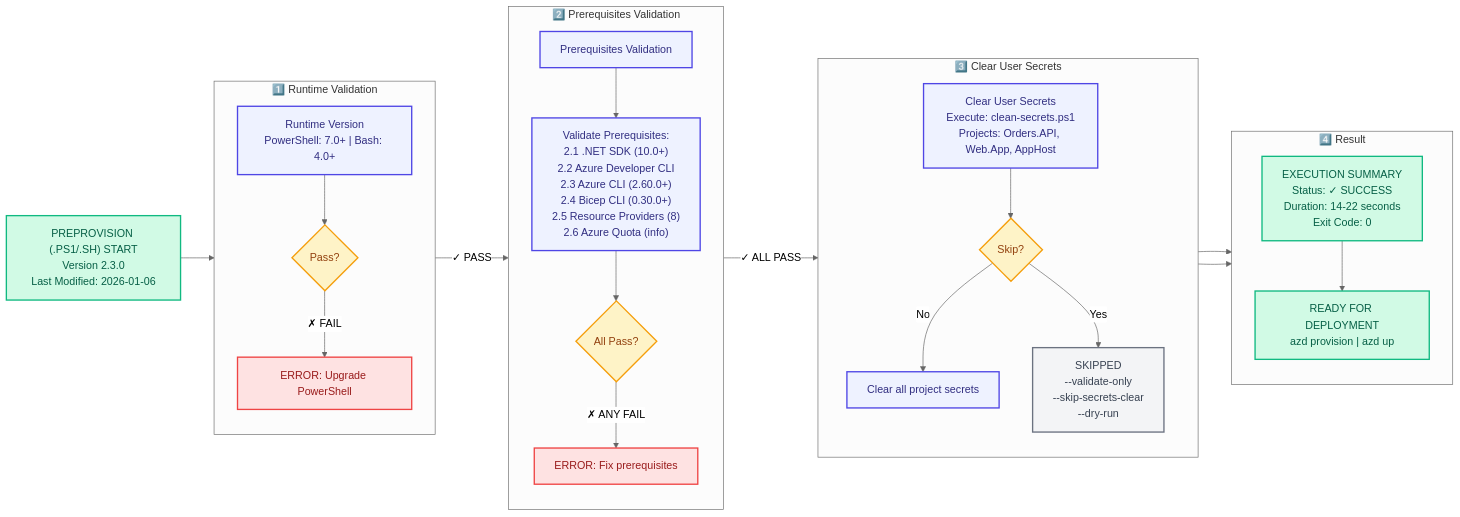
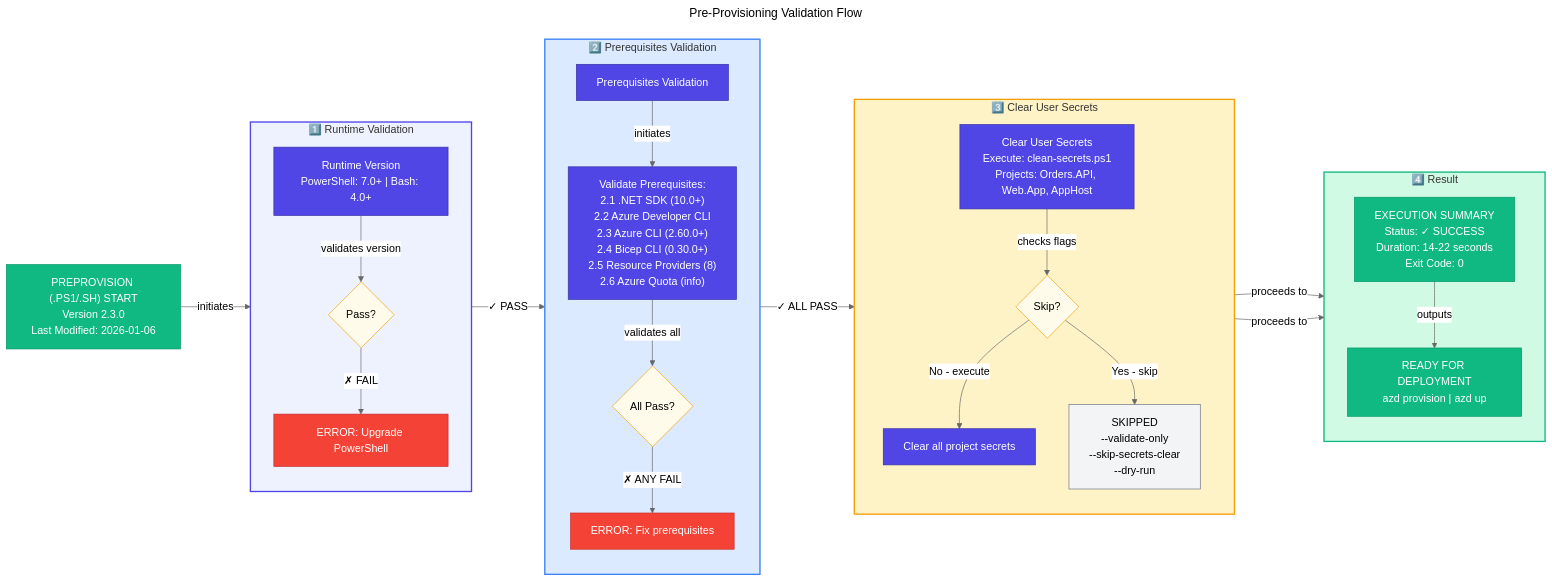
One commit to Evilazaro/Azure-LogicApps-Monitoring changed the third of 7 diagrams in docs/hooks/VALIDATION-WORKFLOW.md. Above: the diagram before and after it, drawn with Mermaid (neutral theme). The commit also changed other lines of this file, not shown here.

Commit message:
docs: Enhance mermaid diagrams in VALIDATION-WORKFLOW.md with improved titles, connections, and styling for better clarity and organization

````diff
--- a/docs/hooks/VALIDATION-WORKFLOW.md
+++ b/docs/hooks/VALIDATION-WORKFLOW.md
@@ -237,60 +279,78 @@
 ```mermaid
+---
+title: Pre-Provisioning Validation Flow
+---
 flowchart LR
+    %% ===== CLASS DEFINITIONS =====
+    classDef primary fill:#4F46E5,stroke:#3730A3,color:#FFFFFF
+    classDef secondary fill:#10B981,stroke:#059669,color:#FFFFFF
+    classDef datastore fill:#F59E0B,stroke:#D97706,color:#000000
+    classDef external fill:#6B7280,stroke:#4B5563,color:#FFFFFF,stroke-dasharray: 5 5
+    classDef failed fill:#F44336,stroke:#C62828,color:#FFFFFF
+    classDef trigger fill:#818CF8,stroke:#4F46E5,color:#FFFFFF
+    classDef decision fill:#FFFBEB,stroke:#F59E0B,color:#000000
+    classDef input fill:#F3F4F6,stroke:#6B7280,color:#000000
+
+    %% ===== START NODE =====
     Start["PREPROVISION (.PS1/.SH) START<br/>Version 2.3.0<br/>Last Modified: 2026-01-06"]
 
+    %% ===== RUNTIME VALIDATION SECTION =====
     subgraph RuntimeCheck["1️⃣ Runtime Validation"]
         direction TB
         Step1["Runtime Version<br/>PowerShell: 7.0+ | Bash: 4.0+"]
         Decision1{Pass?}
         Error1["ERROR: Upgrade PowerShell"]
-        Step1 --> Decision1
-        Decision1 -->|✗ FAIL| Error1
+        Step1 -->|"validates version"| Decision1
+        Decision1 -->|"✗ FAIL"| Error1
     end
+    style RuntimeCheck fill:#EEF2FF,stroke:#4F46E5,stroke-width:2px
 
+    %% ===== PREREQUISITES VALIDATION SECTION =====
     subgraph PrereqCheck["2️⃣ Prerequisites Validation"]
         direction TB
         Step2["Prerequisites Validation"]
         Prereqs["Validate Prerequisites:<br/>2.1 .NET SDK (10.0+)<br/>2.2 Azure Developer CLI<br/>2.3 Azure CLI (2.60.0+)<br/>2.4 Bicep CLI (0.30.0+)<br/>2.5 Resource Providers (8)<br/>2.6 Azure Quota (info)"]
         Decision2{All Pass?}
         Error2["ERROR: Fix prerequisites"]
-        Step2 --> Prereqs
-        Prereqs --> Decision2
-        Decision2 -->|✗ ANY FAIL| Error2
+        Step2 -->|"initiates"| Prereqs
+        Prereqs -->|"validates all"| Decision2
+        Decision2 -->|"✗ ANY FAIL"| Error2
     end
+    style PrereqCheck fill:#DBEAFE,stroke:#3B82F6,stroke-width:2px
 
+    %% ===== SECRETS CLEARING SECTION =====
     subgraph SecretsPhase["3️⃣ Clear User Secrets"]
         direction TB
         Step3["Clear User Secrets<br/>Execute: clean-secrets.ps1<br/>Projects: Orders.API, Web.App, AppHost"]
         Decision3{Skip?}
         ClearSecrets["Clear all project secrets"]
         Skip["SKIPPED<br/>--validate-only<br/>--skip-secrets-clear<br/>--dry-run"]
-        Step3 --> Decision3
-        Decision3 -->|No| ClearSecrets
-        Decision3 -->|Yes| Skip
+        Step3 -->|"checks flags"| Decision3
+        Decision3 -->|"No - execute"| ClearSecrets
+        Decision3 -->|"Yes - skip"| Skip
     end
+    style SecretsPhase fill:#FEF3C7,stroke:#F59E0B,stroke-width:2px
 
+    %% ===== RESULT SECTION =====
     subgraph ResultPhase["4️⃣ Result"]
         direction TB
         Summary["EXECUTION SUMMARY<br/>Status: ✓ SUCCESS<br/>Duration: 14-22 seconds<br/>Exit Code: 0"]
         Ready["READY FOR DEPLOYMENT<br/>azd provision | azd up"]
-        Summary --> Ready
+        Summary -->|"outputs"| Ready
     end
+    style ResultPhase fill:#D1FAE5,stroke:#10B981,stroke-width:2px
 
-    Start --> RuntimeCheck
-    Decision1 -->|✓ PASS| PrereqCheck
-    Decision2 -->|✓ ALL PASS| SecretsPhase
-    ClearSecrets --> ResultPhase
-    Skip --> ResultPhase
+    %% ===== MAIN FLOW CONNECTIONS =====
+    Start -->|"initiates"| RuntimeCheck
+    Decision1 -->|"✓ PASS"| PrereqCheck
+    Decision2 -->|"✓ ALL PASS"| SecretsPhase
+    ClearSecrets -->|"proceeds to"| ResultPhase
+    Skip -->|"proceeds to"| ResultPhase
 
-    classDef successClass fill:#D1FAE5,stroke:#10B981,stroke-width:2px,color:#065F46
-    classDef errorClass fill:#FEE2E2,stroke:#EF4444,stroke-width:2px,color:#991B1B
-    classDef processClass fill:#EEF2FF,stroke:#4F46E5,stroke-width:2px,color:#312E81
-    classDef decisionClass fill:#FEF3C7,stroke:#F59E0B,stroke-width:2px,color:#92400E
-    classDef skipClass fill:#F3F4F6,stroke:#6B7280,stroke-width:2px,color:#374151
-
-    class Start,Summary,Ready successClass
-    class Error1,Error2 errorClass
-    class Step1,Step2,Prereqs,Step3,ClearSecrets processClass
-    class Decision1,Decision2,Decision3 decisionClass
-    class Skip skipClass
+    %% ===== APPLY STYLES =====
+    class Start,Summary,Ready secondary
+    class Error1,Error2 failed
+    class Step1,Step2,Prereqs,Step3,ClearSecrets primary
+    class Decision1,Decision2,Decision3 decision
+    class Skip input
 ```
````
